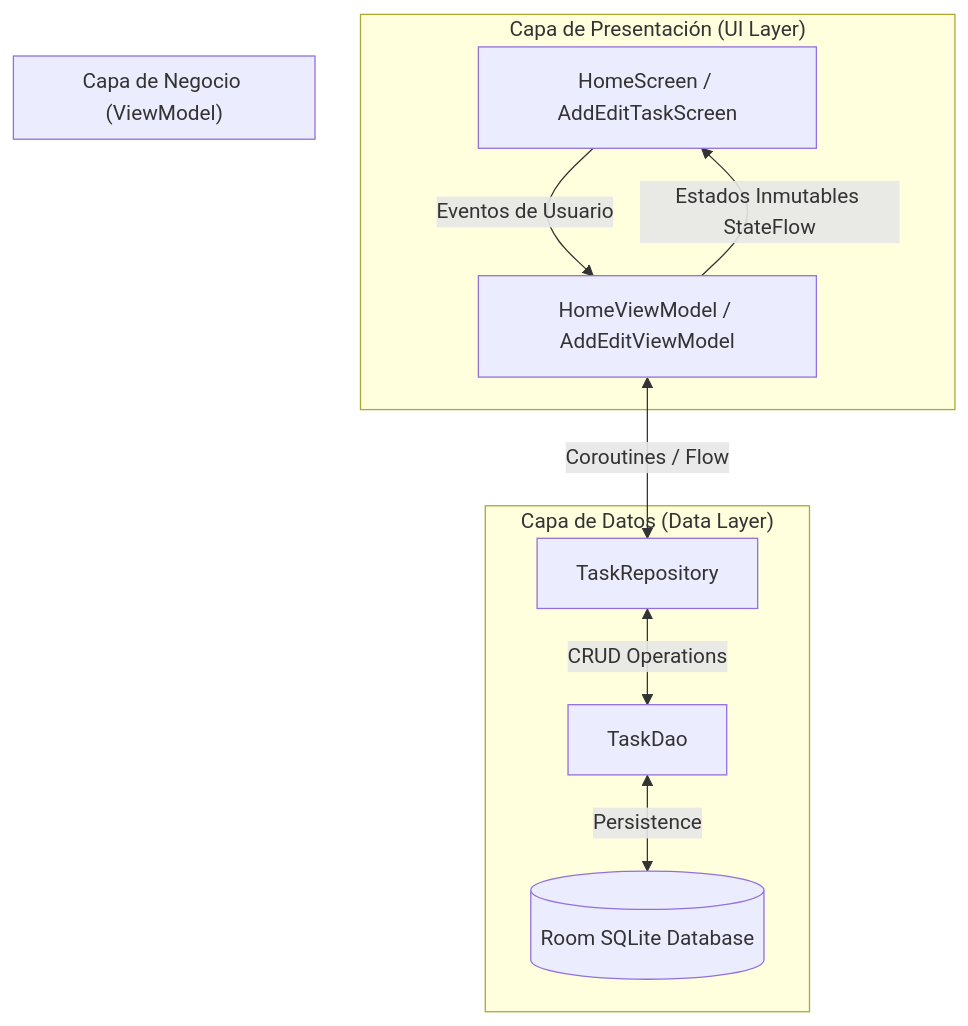
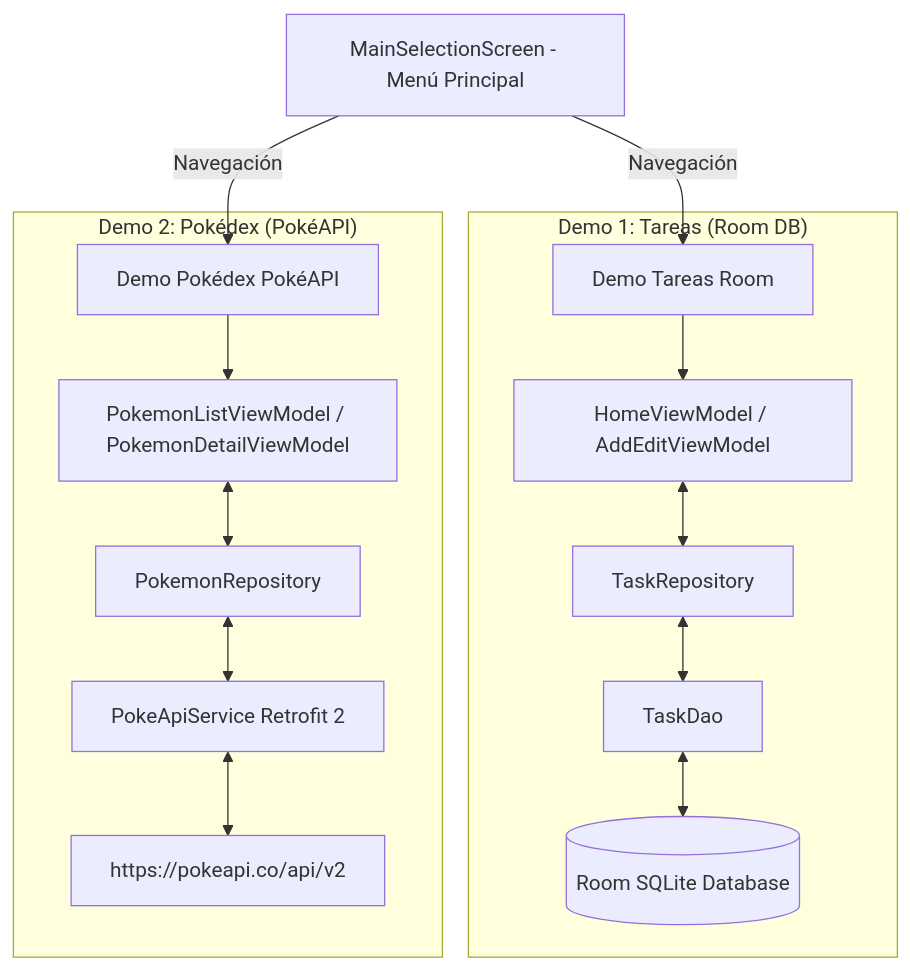
Before and after one commit to kenwhiston/ArchitectureMobileApp: the diagram in README.md, drawn with Mermaid. The commit also changed other lines of this file and 20 other files, not shown here.

````diff
--- a/README.md
+++ b/README.md
@@ -11,17 +14,19 @@
 ```mermaid
 graph TD
-    subgraph UI ["Capa de Presentación (UI Layer)"]
-        A[HomeScreen / AddEditTaskScreen] --> |Eventos de Usuario| B[ViewModels]
-        B --> |Estados Inmutables StateFlow| A
+    MENU[MainSelectionScreen - Menú Principal] --> |Navegación| DEMO1[Demo Tareas Room]
+    MENU --> |Navegación| DEMO2[Demo Pokédex PokéAPI]
+
+    subgraph "Demo 1: Tareas (Room DB)"
+        DEMO1 --> TASK_VM[HomeViewModel / AddEditViewModel]
+        TASK_VM <--> TASK_REPO[TaskRepository]
+        TASK_REPO <--> TASK_DAO[TaskDao]
+        TASK_DAO <--> ROOM[(Room SQLite Database)]
     end
 
-    subgraph Domain ["Capa de Negocio (ViewModel)"]
-        B[HomeViewModel / AddEditViewModel]
-    end
-
-    subgraph Data ["Capa de Datos (Data Layer)"]
-        B <--> |Coroutines / Flow| C[TaskRepository]
-        C <--> |CRUD Operations| D[TaskDao]
-        D <--> |Persistence| E[(Room SQLite Database)]
+    subgraph "Demo 2: Pokédex (PokéAPI)"
+        DEMO2 --> POKEMON_VM[PokemonListViewModel / PokemonDetailViewModel]
+        POKEMON_VM <--> POKEMON_REPO[PokemonRepository]
+        POKEMON_REPO <--> RETROFIT[PokeApiService Retrofit 2]
+        RETROFIT <--> API[https://pokeapi.co/api/v2]
     end
 ```
````
